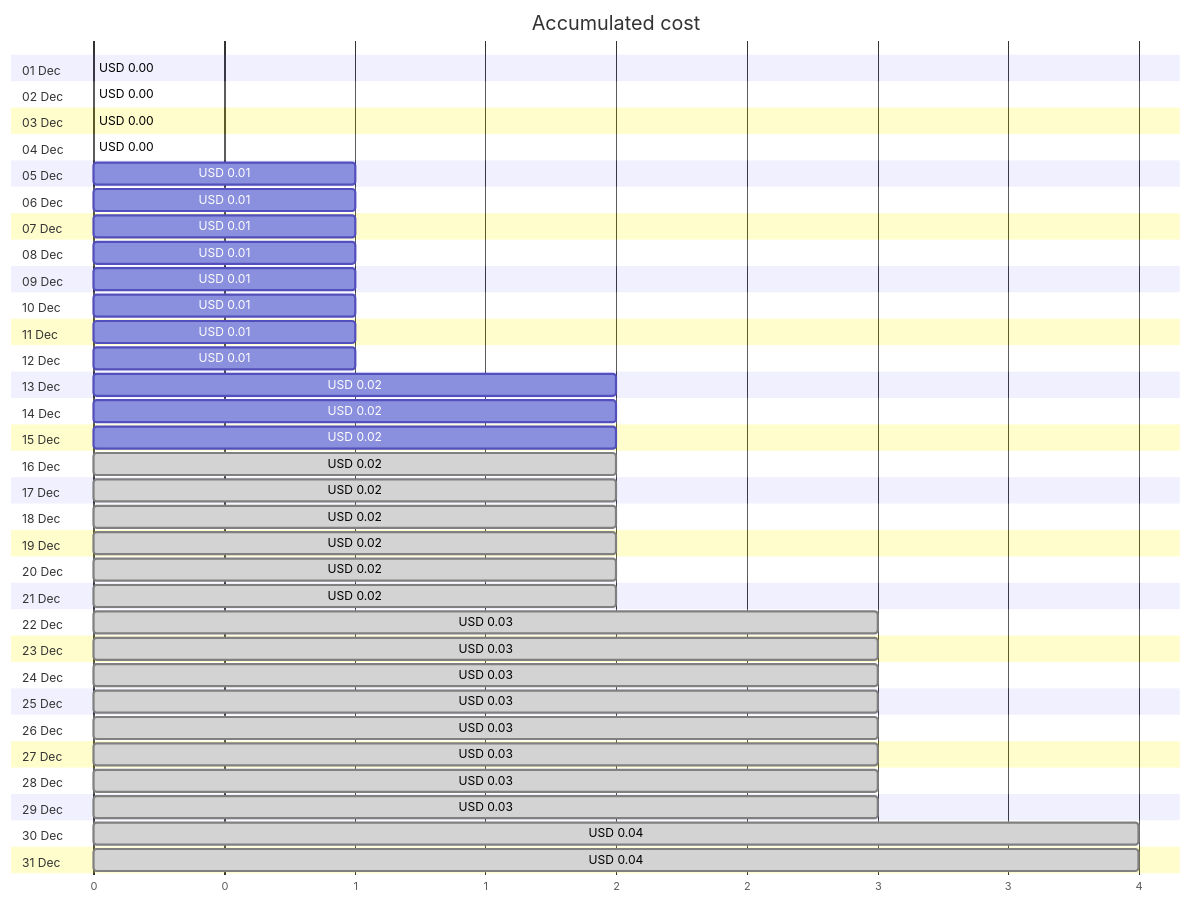
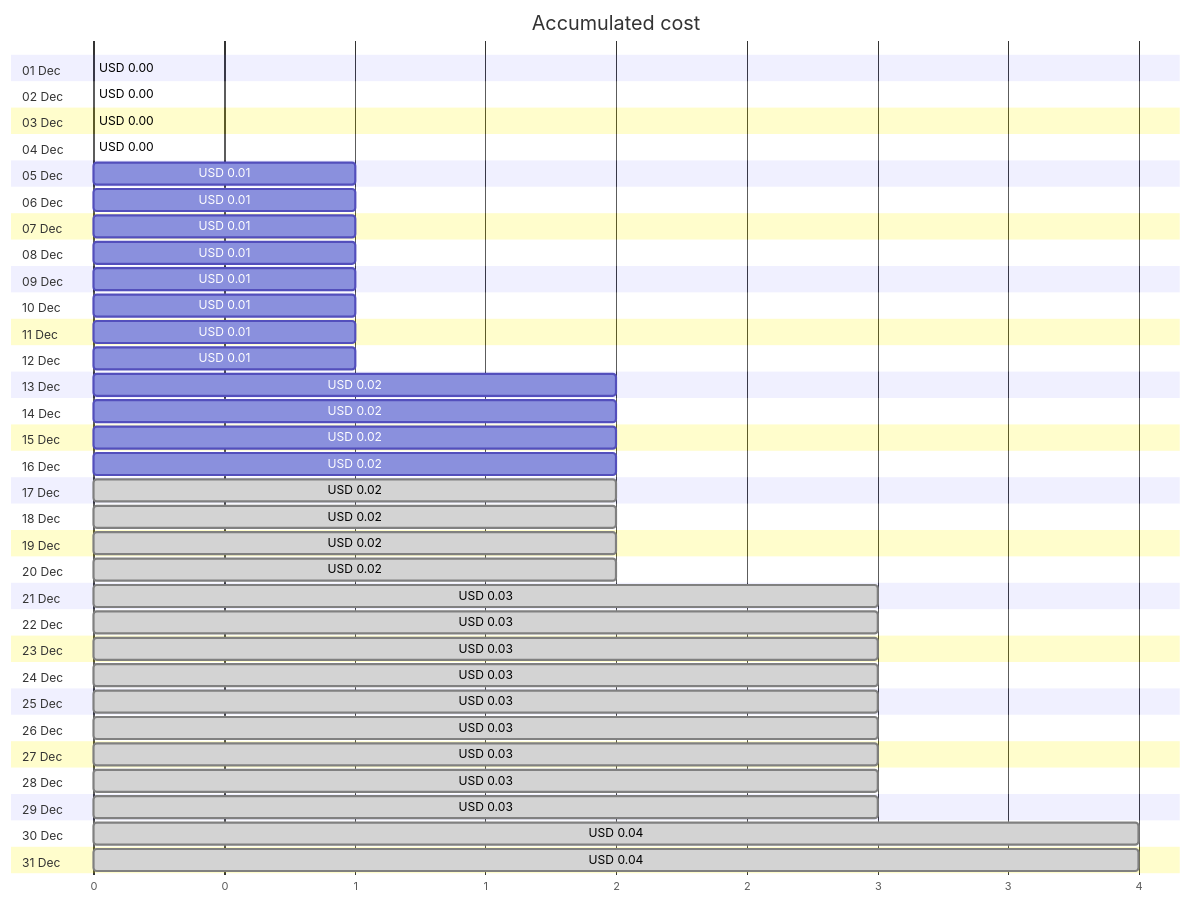
The first of 4 diagrams in cost-reports/personal-site/personalsiteapistorage.md (jpfulton/azure-personal-reports), drawn with Mermaid before and after one commit. The commit also changed other lines of this file and 6 other files, not shown here.

````diff
--- a/cost-reports/personal-site/personalsiteapistorage.md
+++ b/cost-reports/personal-site/personalsiteapistorage.md
@@ -20,68 +20,68 @@
 ```mermaid
 gantt
    title Accumulated cost
    dateFormat  X
    axisFormat %s
    section 01 Dec
    USD 0.00 :0, 0
    section 02 Dec
    USD 0.00 :0, 0
    section 03 Dec
    USD 0.00 :0, 0
    section 04 Dec
    USD 0.00 :0, 0
    section 05 Dec
    USD 0.01 :0, 1
    section 06 Dec
    USD 0.01 :0, 1
    section 07 Dec
    USD 0.01 :0, 1
    section 08 Dec
    USD 0.01 :0, 1
    section 09 Dec
    USD 0.01 :0, 1
    section 10 Dec
    USD 0.01 :0, 1
    section 11 Dec
    USD 0.01 :0, 1
    section 12 Dec
    USD 0.01 :0, 1
    section 13 Dec
    USD 0.02 :0, 2
    section 14 Dec
    USD 0.02 :0, 2
    section 15 Dec
    USD 0.02 :0, 2
    section 16 Dec
-   USD 0.02 : done, 0, 2
+   USD 0.02 :0, 2
    section 17 Dec
    USD 0.02 : done, 0, 2
    section 18 Dec
    USD 0.02 : done, 0, 2
    section 19 Dec
    USD 0.02 : done, 0, 2
    section 20 Dec
    USD 0.02 : done, 0, 2
    section 21 Dec
-   USD 0.02 : done, 0, 2
+   USD 0.03 : done, 0, 3
    section 22 Dec
    USD 0.03 : done, 0, 3
    section 23 Dec
    USD 0.03 : done, 0, 3
    section 24 Dec
    USD 0.03 : done, 0, 3
    section 25 Dec
    USD 0.03 : done, 0, 3
    section 26 Dec
    USD 0.03 : done, 0, 3
    section 27 Dec
    USD 0.03 : done, 0, 3
    section 28 Dec
    USD 0.03 : done, 0, 3
    section 29 Dec
    USD 0.03 : done, 0, 3
    section 30 Dec
    USD 0.04 : done, 0, 4
    section 31 Dec
    USD 0.04 : done, 0, 4
 ```
````
